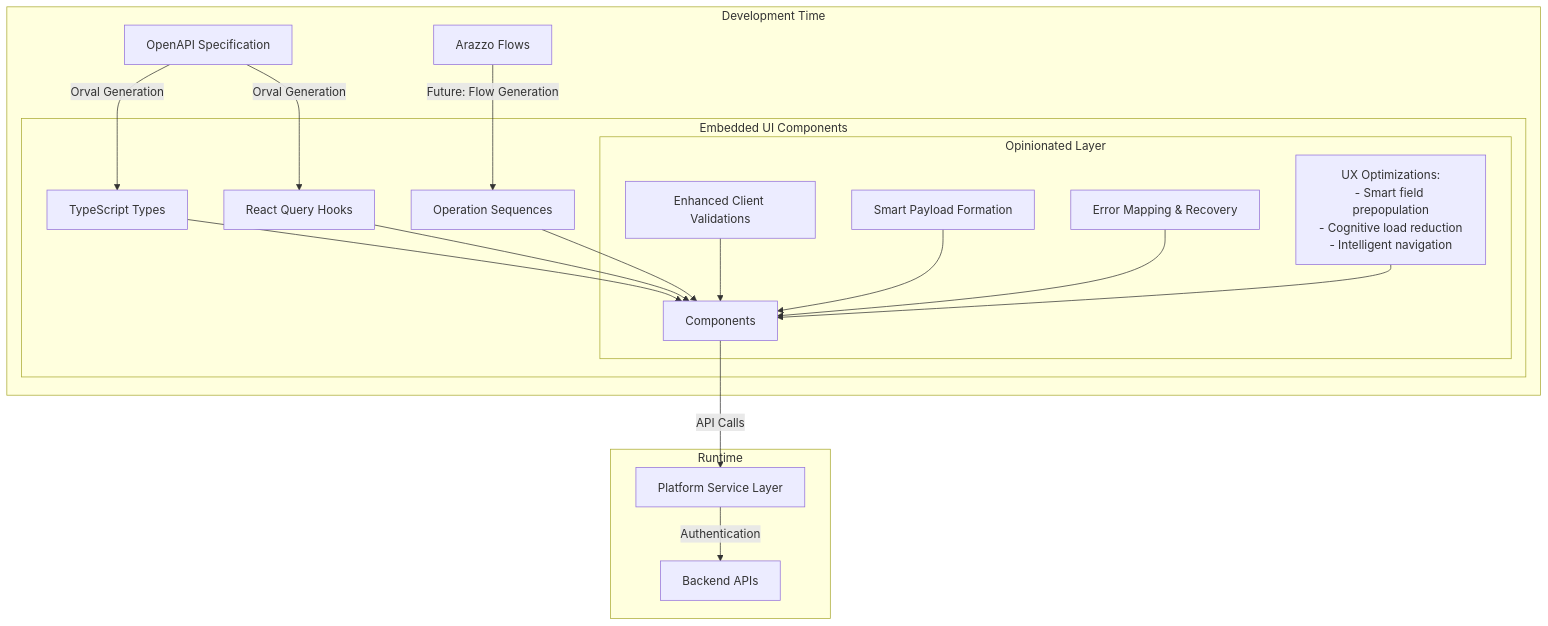
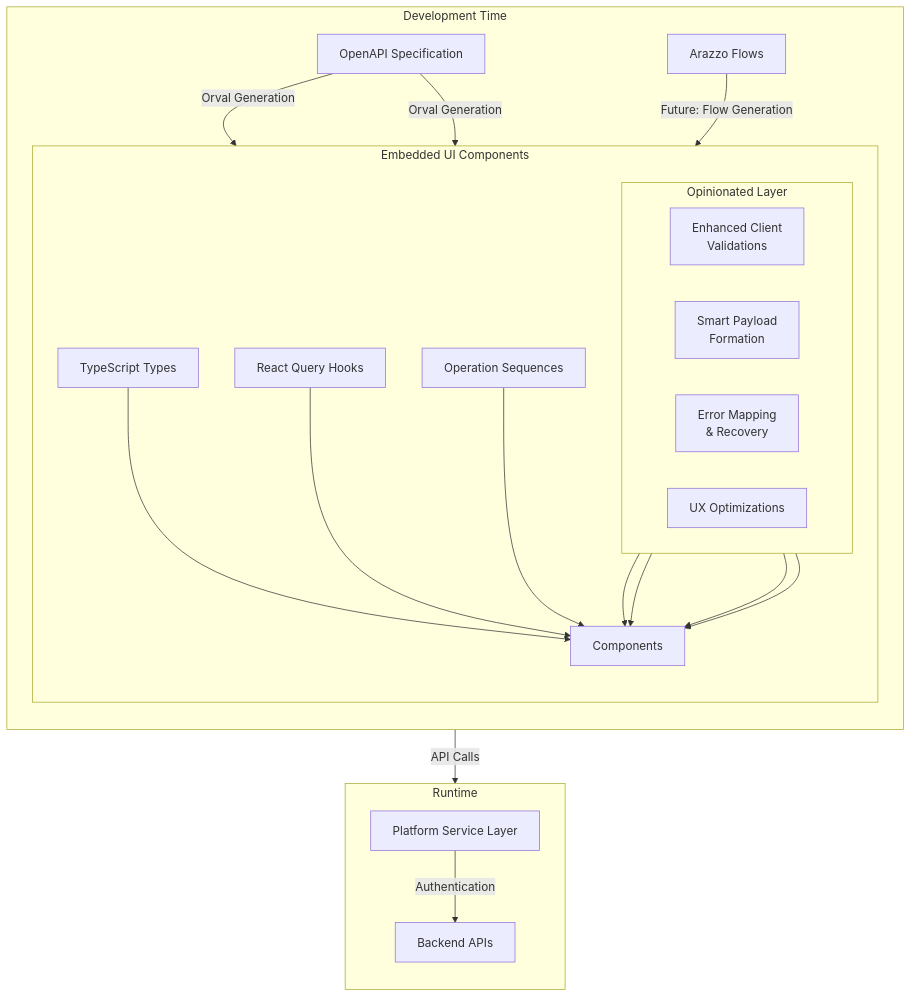
The diagram in embedded-components/README.md (jpmorgan-payments/embedded-finance), drawn with Mermaid before and after one commit.

Commit message:
Update Embedded UI Components architecture diagram

````diff
--- a/embedded-components/README.md
+++ b/embedded-components/README.md
@@ -64,33 +64,31 @@
 ```mermaid
-graph TD
+graph TB
     subgraph "Development Time"
-        OAS[OpenAPI Specification]
-        AF[Arazzo Flows]
-        OAS --> |Orval Generation| Types[TypeScript Types]
+        direction TB
+        OAS[OpenAPI Specification] --> |Orval Generation| Types[TypeScript Types]
         OAS --> |Orval Generation| Hooks[React Query Hooks]
-        AF --> |Future: Flow Generation| Flows[Operation Sequences]
+
+        AF[Arazzo Flows] --> |Future: Flow Generation| Flows[Operation Sequences]
 
         subgraph "Embedded UI Components"
-            Types --> Components
-            Hooks --> Components
-            Flows --> Components
+            direction TB
+            Types & Hooks & Flows --> Components
 
             subgraph "Opinionated Layer"
-                V[Enhanced Client Validations]
-                P[Smart Payload Formation]
-                E[Error Mapping & Recovery]
-                U[UX Optimizations:<br/>- Smart field prepopulation<br/>- Cognitive load reduction<br/>- Intelligent navigation]
+                direction LR
+                V[Enhanced Client<br/>Validations]
+                P[Smart Payload<br/>Formation]
+                E[Error Mapping<br/>& Recovery]
+                U[UX Optimizations]
+            end
 
-                V --> Components
-                P --> Components
-                E --> Components
-                U --> Components
-            end
+            V & P & E & U --> Components
         end
     end
 
     subgraph "Runtime"
+        direction TB
         Components --> |API Calls| PSL[Platform Service Layer]
         PSL --> |Authentication| API[Backend APIs]
     end
 ```
````
